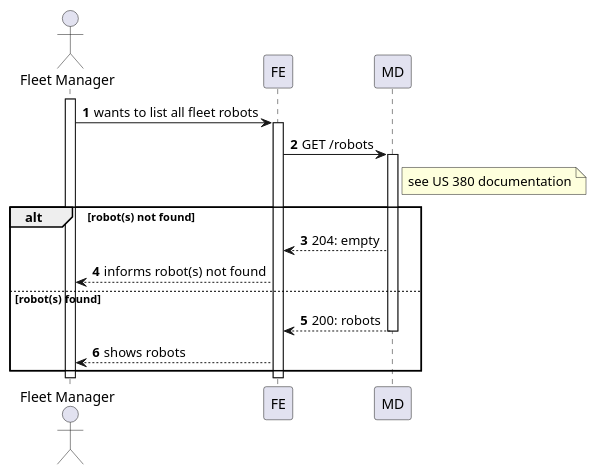
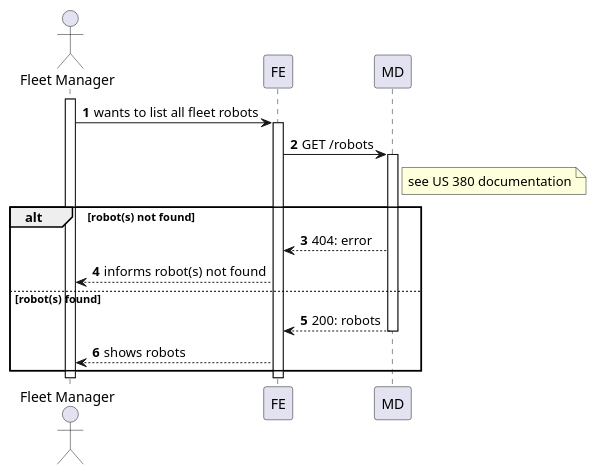
Before and after one commit to Departamento-de-Engenharia-Informatica/lapr5-23-24-g19: the diagram in docs/us1030/level2/process-view.puml, drawn with PlantUML. The commit also changed 5 other files, not shown here.

```diff
--- a/docs/us1030/level2/process-view.puml
+++ b/docs/us1030/level2/process-view.puml
@@ -1,31 +1,31 @@
 @startuml
 autonumber
 
 actor "Fleet Manager" as usr
 
 participant "FE" as ui
 
 
 participant "MD" as md
 
 activate usr
     usr -> ui : wants to list all fleet robots
     activate ui
 
     ui -> md: GET /robots
     activate md
     note right of md : see US 380 documentation
 
     alt robot(s) not found
-        md --> ui : 204: empty
+        md --> ui : 404: error
         ui --> usr: informs robot(s) not found
     else robot(s) found
         md --> ui: 200: robots
     deactivate md
         ui --> usr : shows robots
 
         end
     deactivate ui
 deactivate usr
 
 @enduml
```
